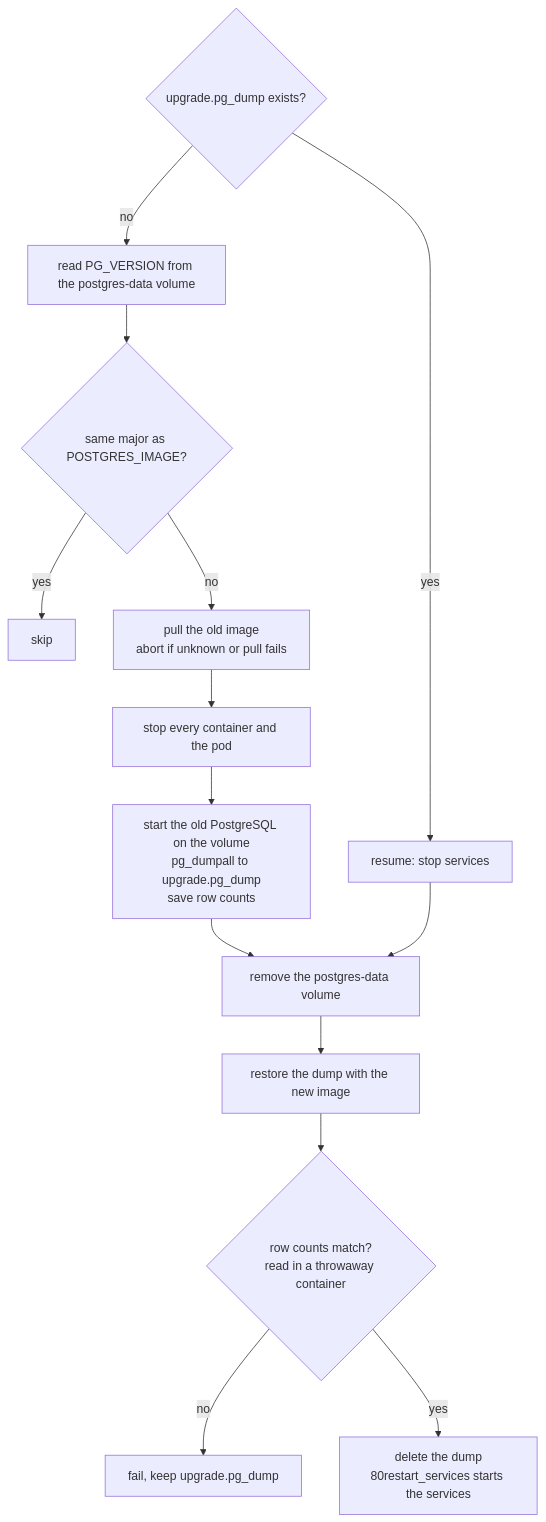
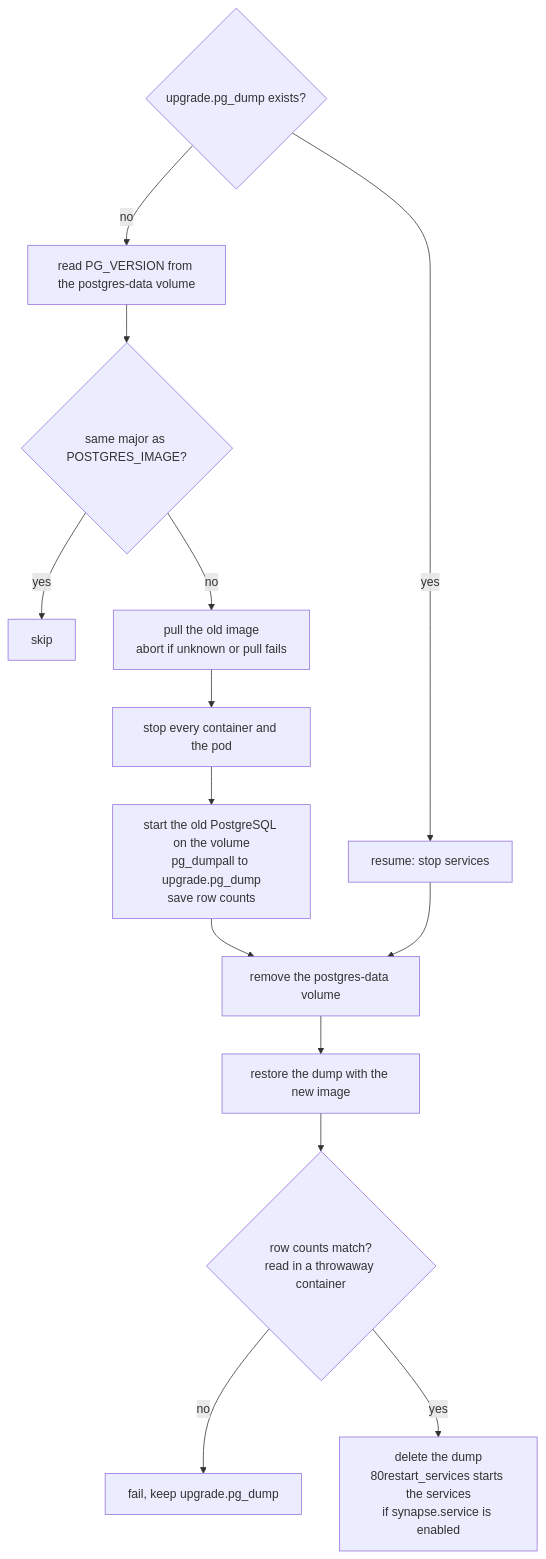
The fifth of 5 diagrams in docs/architecture.md (NethServer/ns8-matrix), drawn with Mermaid before and after one commit. The commit also changed other lines of this file and 1 other file, not shown here.

First line of the commit message:
fix: fail the update when a service does not start

````diff
--- a/docs/architecture.md
+++ b/docs/architecture.md
@@ -283,17 +283,17 @@
 ```mermaid
 flowchart TB
     A{"upgrade.pg_dump exists?"}
     A -- yes --> R["resume: stop services"]
     A -- no --> B["read PG_VERSION from the postgres-data volume"]
     B --> C{"same major as POSTGRES_IMAGE?"}
     C -- yes --> X[skip]
     C -- no --> D["pull the old image<br/>abort if unknown or pull fails"]
     D --> E["stop every container and the pod"]
     E --> F["start the old PostgreSQL on the volume<br/>pg_dumpall to upgrade.pg_dump<br/>save row counts"]
     F --> G
     R --> G["remove the postgres-data volume"]
     G --> H["restore the dump with the new image"]
     H --> I{"row counts match?<br/>read in a throwaway container"}
     I -- no --> K["fail, keep upgrade.pg_dump"]
-    I -- yes --> J["delete the dump<br/>80restart_services starts the services"]
+    I -- yes --> J["delete the dump<br/>80restart_services starts the services<br/>if synapse.service is enabled"]
 ```
````
